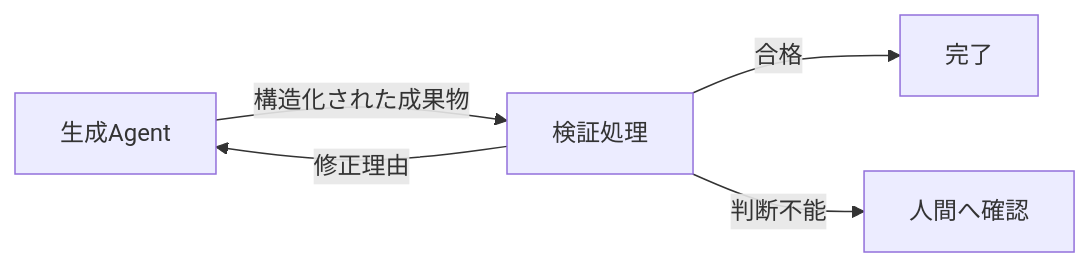
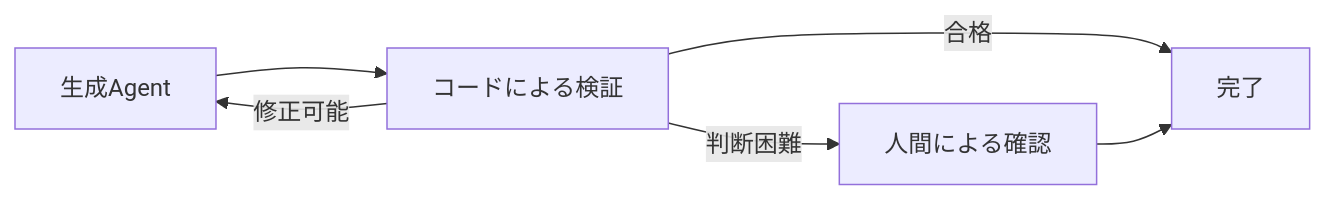
One commit to SF-28/qiita changed the second of 2 diagrams in public/2026-07-31_graph-engineeringから考える-agentシステム設計で大切なこと.md. Above: the diagram before and after it, drawn with Mermaid. The commit also changed other lines of this file, not shown here.

````diff
--- a/public/2026-07-31_graph-engineeringから考える-agentシステム設計で大切なこと.md
+++ b/public/2026-07-31_graph-engineeringから考える-agentシステム設計で大切なこと.md
@@ -549,7 +631,8 @@
 ```mermaid
 flowchart LR
-    A[生成Agent] -->|構造化された成果物| B[検証処理]
+    A[生成Agent] --> B[コードによる検証]
     B -->|合格| C[完了]
-    B -->|修正理由| A
-    B -->|判断不能| D[人間へ確認]
+    B -->|修正可能| A
+    B -->|判断困難| D[人間による確認]
+    D --> C
 ```
````
